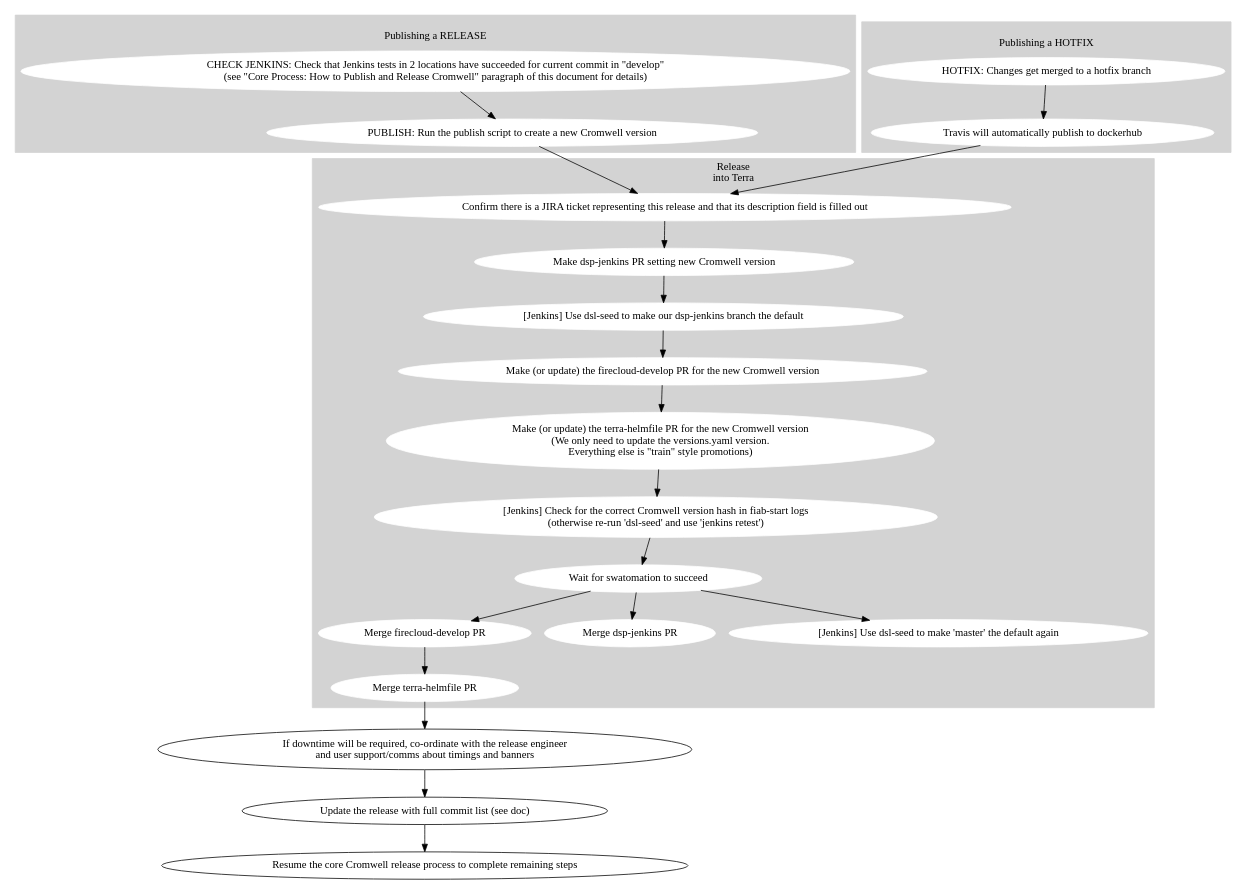
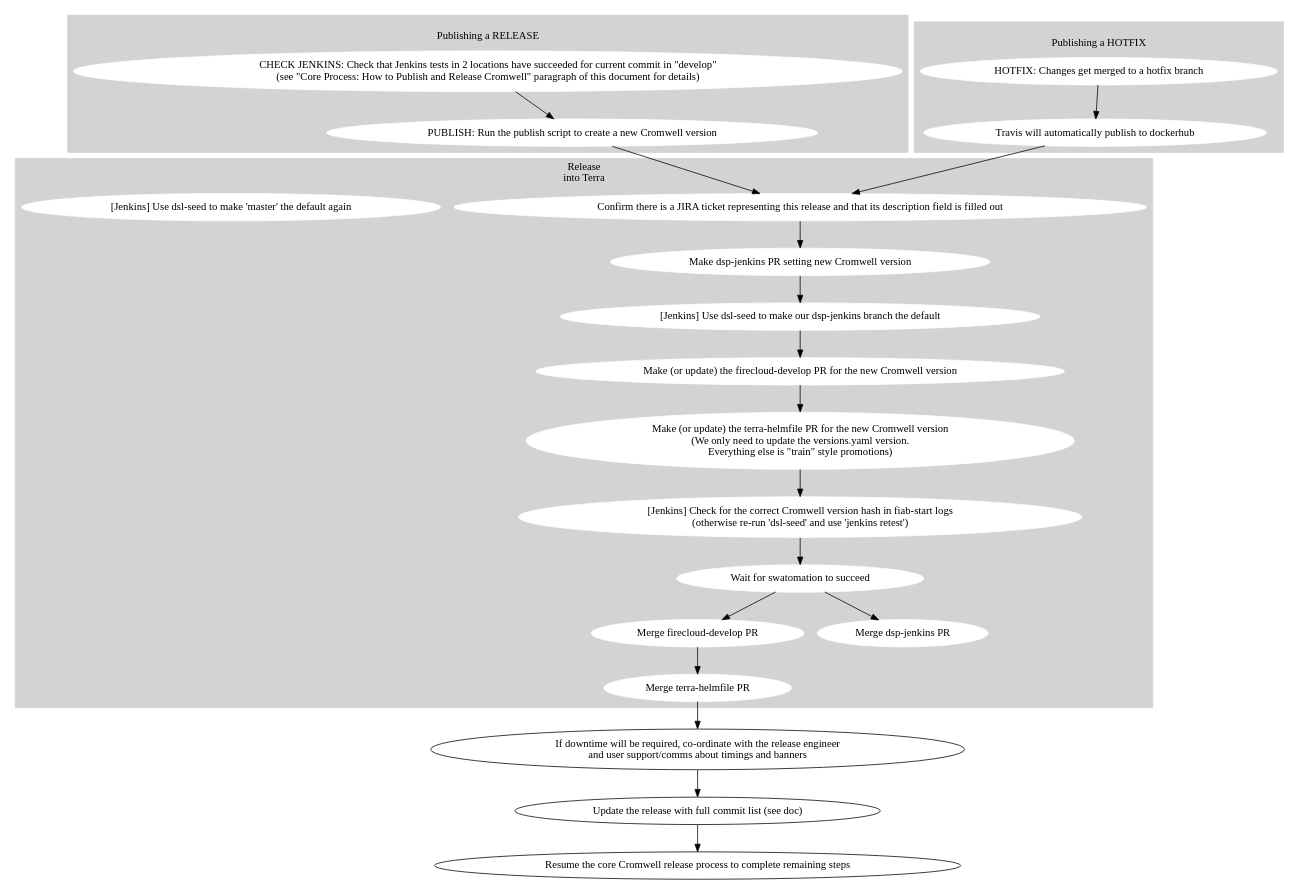
The diagram in processes/release_processes/firecloud-develop.dot (broadinstitute/cromwell), drawn with Graphviz before and after one commit.

Commit message:
Jenkins reset is automatic

```diff
--- a/processes/release_processes/firecloud-develop.dot
+++ b/processes/release_processes/firecloud-develop.dot
@@ -1,79 +1,78 @@
 digraph {
 
   # Nodes
 
   subgraph cluster_0 {
     label="\lPublishing a RELEASE"
     style=filled
     node [style=filled,color=white];
     color="lightgrey"
 
     check_jenkins_tests [shape=oval label="CHECK JENKINS: Check that Jenkins tests in 2 locations have succeeded for current commit in \"develop\"\n(see \"Core Process: How to Publish and Release Cromwell\" paragraph of this document for details)"];
     release_cromwell [shape=oval label="PUBLISH: Run the publish script to create a new Cromwell version"];
   }
 
   subgraph cluster_1 {
     label="\lPublishing a HOTFIX"
     style=filled
     node [style=filled,color=white];
     color="lightgrey"
 
     hotfix_changes [shape=oval label="HOTFIX: Changes get merged to a hotfix branch"];
     publish_hotfix [shape=oval label="Travis will automatically publish to dockerhub"];
   }
 
   subgraph cluster_2 {
     label="Release\ninto Terra"
     style=filled
     node [style=filled,color=white];
     color="lightgrey"
     confirm_ticket [shape="oval" label="Confirm there is a JIRA ticket representing this release and that its description field is filled out"]
     fcdev_pr [shape=oval label="Make (or update) the firecloud-develop PR for the new Cromwell version"];
     # For an example PR see https://github.com/broadinstitute/terra-helmfile/pull/550#pullrequestreview-527531319
     helmfile_pr [shape=oval label="Make (or update) the terra-helmfile PR for the new Cromwell version\n(We only need to update the versions.yaml version.\nEverything else is \"train\" style promotions)"];
     confirm_cromwell_v [shape=oval label="[Jenkins] Check for the correct Cromwell version hash in fiab-start logs\n(otherwise re-run 'dsl-seed' and use 'jenkins retest')"];
     confirm_cromwell_v [shape=oval label="[Jenkins] Check for the correct Cromwell version hash in fiab-start logs\n(otherwise re-run 'dsl-seed' and use 'jenkins retest')"];
     fcdev_success [shape=oval label="Wait for swatomation to succeed"];
 
     fcdev_merge [shape=oval label="Merge firecloud-develop PR"];
     helmfile_merge [shape=oval label="Merge terra-helmfile PR"];
 
     dspjenkins_PR [shape=oval label="Make dsp-jenkins PR setting new Cromwell version"];
     dspjenkins_merge [shape=oval label="Merge dsp-jenkins PR"];
 
     jenkins_set [shape=oval label="[Jenkins] Use dsl-seed to make our dsp-jenkins branch the default"];
     jenkins_reset [shape=oval label="[Jenkins] Use dsl-seed to make 'master' the default again"];
   }
 
   coordinate_release_timing [shape=oval label="If downtime will be required, co-ordinate with the release engineer\nand user support/comms about timings and banners"];
 
   update_release_ticket [shape=oval label="Update the release with full commit list (see doc)"];
 
   resume_core_release_process [shape=oval label="Resume the core Cromwell release process to complete remaining steps"];
 
   # Edges
   check_jenkins_tests -> release_cromwell
 
   hotfix_changes -> publish_hotfix
   publish_hotfix -> confirm_ticket
 
   release_cromwell -> confirm_ticket
 
   fcdev_pr -> helmfile_pr
   helmfile_pr -> confirm_cromwell_v
 
   confirm_ticket -> dspjenkins_PR
   dspjenkins_PR -> jenkins_set
 
   jenkins_set -> fcdev_pr
   confirm_cromwell_v -> fcdev_success
 
-  fcdev_success -> jenkins_reset
   fcdev_success -> dspjenkins_merge
   fcdev_success -> fcdev_merge
 
   fcdev_merge -> helmfile_merge
   helmfile_merge -> coordinate_release_timing
   coordinate_release_timing -> update_release_ticket
   update_release_ticket -> resume_core_release_process
 }
```
